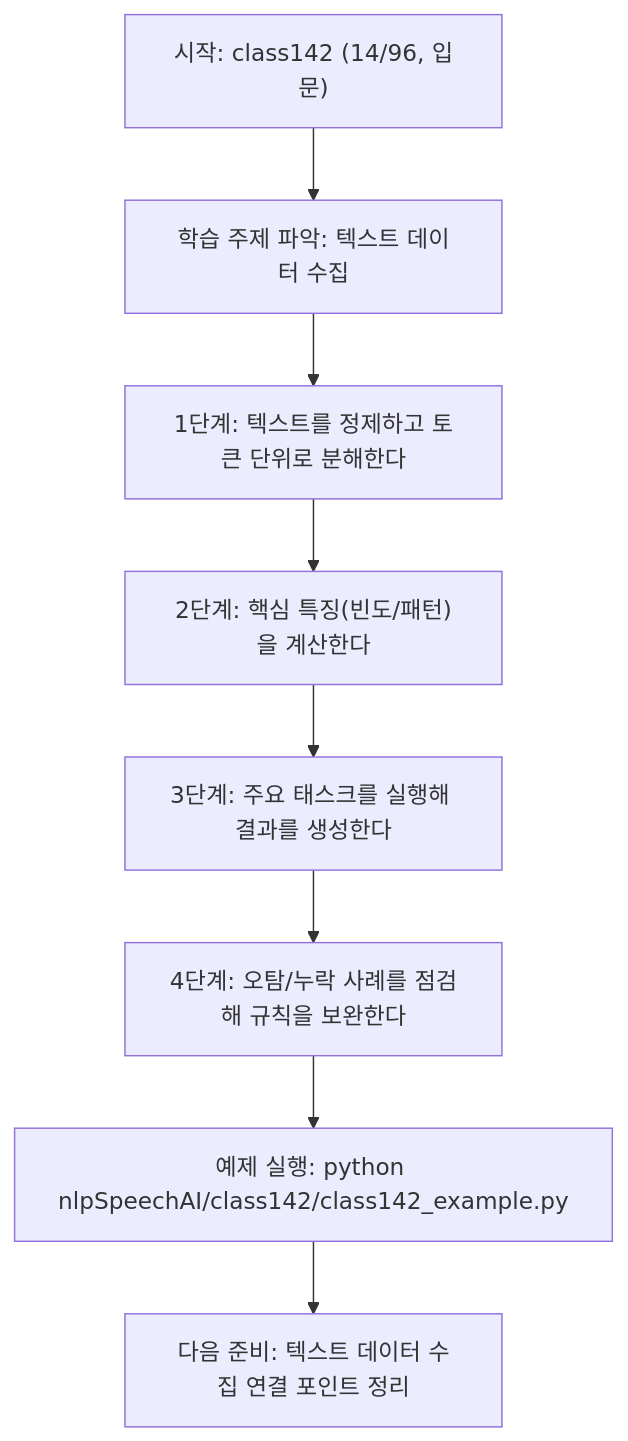
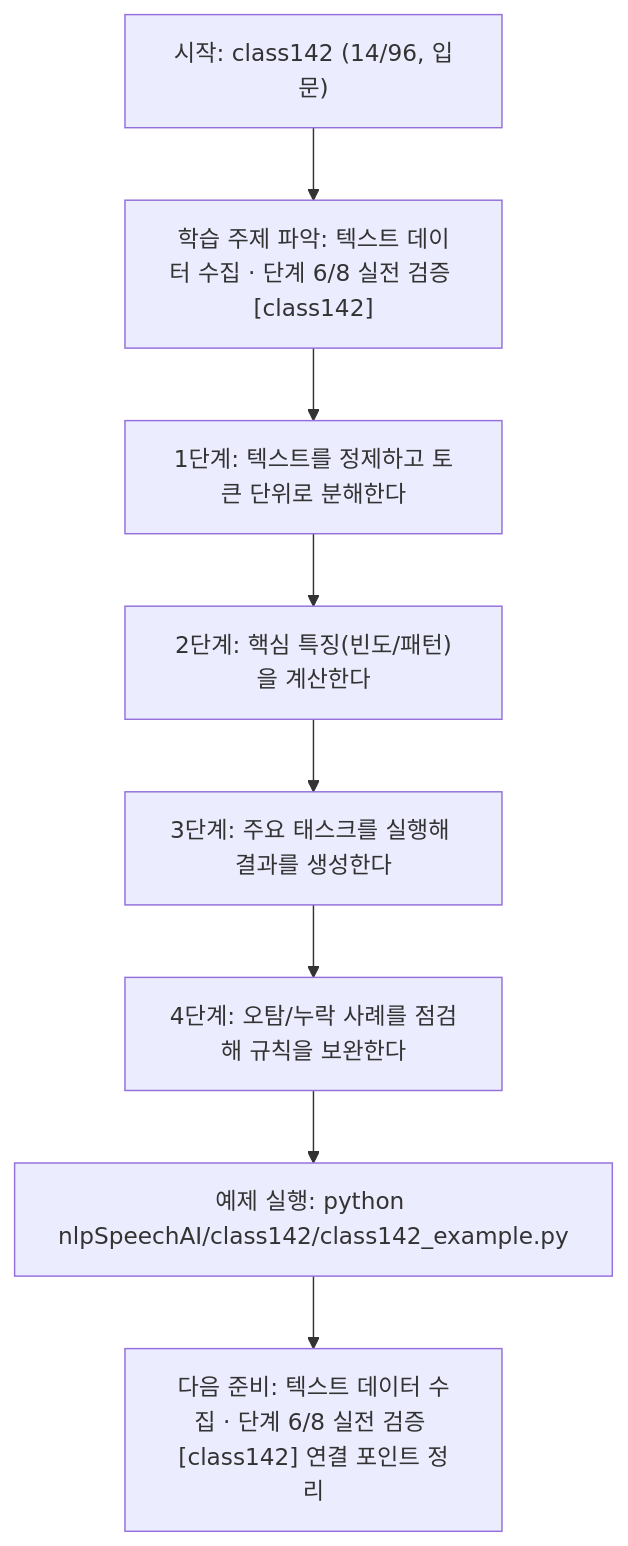
The diagram in nlpSpeechAI/class142/class142.md (edumgt/Python-AI_Agent-Class), drawn with Mermaid before and after one commit. The commit also changed other lines of this file and 522 other files, not shown here.

````diff
--- a/nlpSpeechAI/class142/class142.md
+++ b/nlpSpeechAI/class142/class142.md
@@ -113,18 +114,18 @@
 ```mermaid
 flowchart TD
 N1["시작: class142 (14/96, 입문)"]
-N2["학습 주제 파악: 텍스트 데이터 수집"]
+N2["학습 주제 파악: 텍스트 데이터 수집 · 단계 6/8 실전 검증 [class142]"]
 N3["1단계: 텍스트를 정제하고 토큰 단위로 분해한다"]
 N4["2단계: 핵심 특징(빈도/패턴)을 계산한다"]
 N5["3단계: 주요 태스크를 실행해 결과를 생성한다"]
 N6["4단계: 오탐/누락 사례를 점검해 규칙을 보완한다"]
 N7["예제 실행: python nlpSpeechAI/class142/class142_example.py"]
-N8["다음 준비: 텍스트 데이터 수집 연결 포인트 정리"]
+N8["다음 준비: 텍스트 데이터 수집 · 단계 6/8 실전 검증 [class142] 연결 포인트 정리"]
 N1 --> N2
 N2 --> N3
 N3 --> N4
 N4 --> N5
 N5 --> N6
 N6 --> N7
 N7 --> N8
 ```
````
